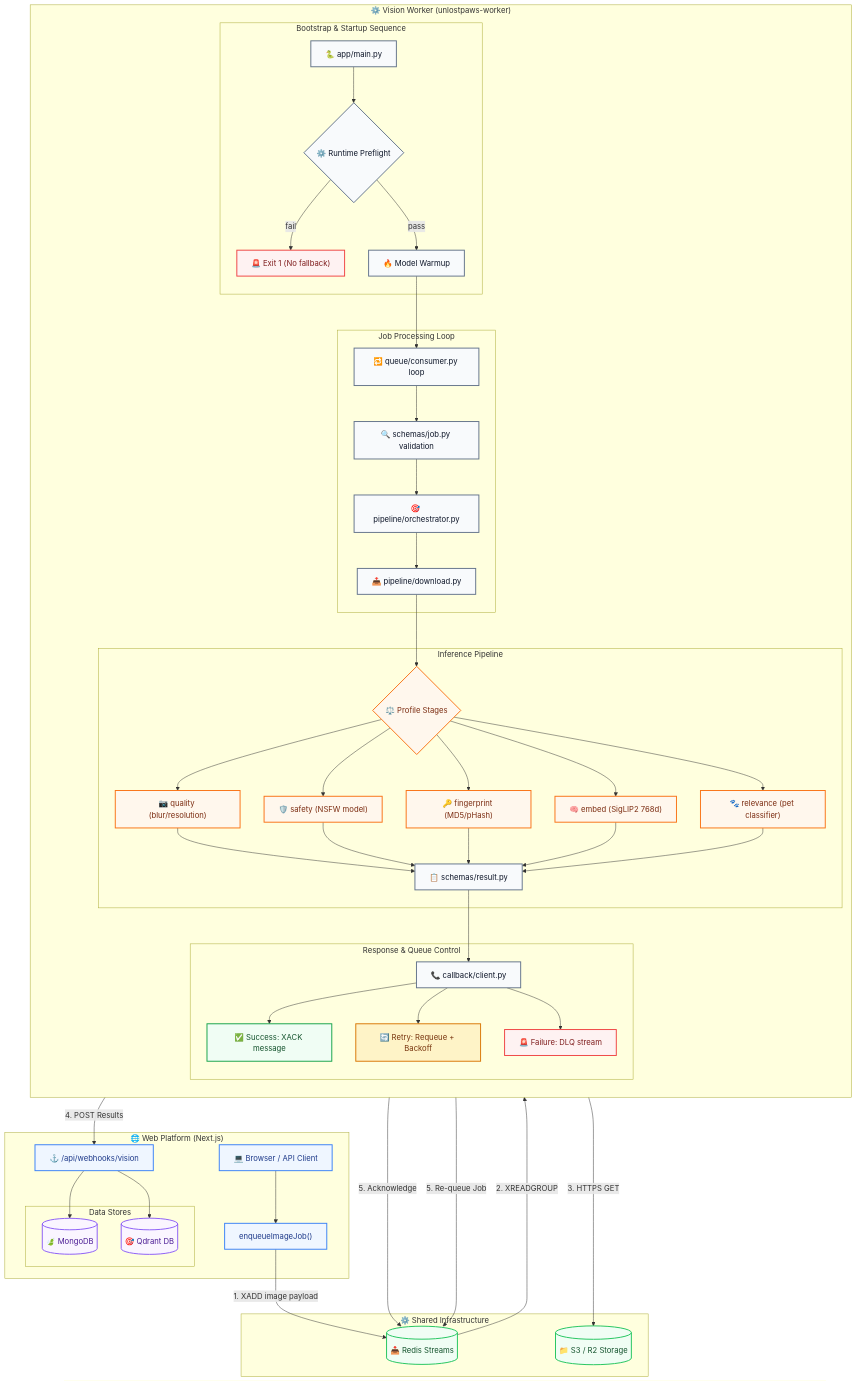
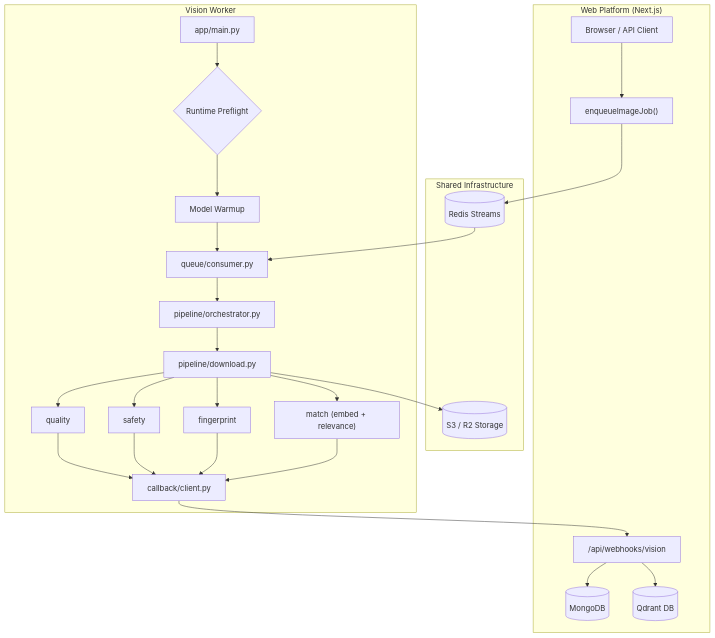
One commit to the-dot-squad/unlostpaws-worker changed the diagram in README.md. Above: the diagram before and after it, drawn with Mermaid. The commit also changed other lines of this file and 50 other files, not shown here.

First line of the commit message:
feat(inference): fuse SigLIP embedding & relevance stages and decouple hardware config

````diff
--- a/README.md
+++ b/README.md
@@ -15,121 +15,36 @@
 ```mermaid
 flowchart TB
-    %% Subgraphs representing structural layers
-    subgraph Web["🌐 Web Platform (Next.js)"]
-        UI["💻 Browser / API Client"]
+    subgraph Web["Web Platform (Next.js)"]
+        UI["Browser / API Client"]
         Enqueue["enqueueImageJob()"]
-        Webhook["⚓ /api/webhooks/vision"]
-        
-        subgraph DBs["Data Stores"]
-            Mongo[("🍃 MongoDB")]
-            Qdrant[("🎯 Qdrant DB")]
-        end
+        Webhook["/api/webhooks/vision"]
+        Mongo[("MongoDB")]
+        Qdrant[("Qdrant DB")]
     end
 
-    subgraph Infra["⚙️ Shared Infrastructure"]
-        Redis[("📥 Redis Streams")]
-        S3[("📁 S3 / R2 Storage")]
+    subgraph Infra["Shared Infrastructure"]
+        Redis[("Redis Streams")]
+        S3[("S3 / R2 Storage")]
     end
 
-    subgraph Worker["⚙️ Vision Worker (unlostpaws-worker)"]
-        direction TB
-
-        subgraph Startup["Bootstrap & Startup Sequence"]
-            start["🐍 app/main.py"]
-            preflight{"⚙️ Runtime Preflight"}
-            exit1["🚨 Exit 1 (No fallback)"]
-            warmup["🔥 Model Warmup"]
-        end
-
-        subgraph Process["Job Processing Loop"]
-            consumer["🔁 queue/consumer.py loop"]
-            parse["🔍 schemas/job.py validation"]
-            orch["🎯 pipeline/orchestrator.py"]
-            dl["📥 pipeline/download.py"]
-        end
-
-        subgraph Inference["Inference Pipeline"]
-            stages{"⚖️ Profile Stages"}
-            quality["📷 quality (blur/resolution)"]
-            safety["🛡️ safety (NSFW model)"]
-            fp["🔑 fingerprint (MD5/pHash)"]
-            embed["🧠 embed (SigLIP2 768d)"]
-            rel["🐾 relevance (pet classifier)"]
-            result["📋 schemas/result.py"]
-        end
-
-        subgraph Out["Response & Queue Control"]
-            cb["📞 callback/client.py"]
-            ack["✅ Success: XACK message"]
-            requeue["🔄 Retry: Requeue + Backoff"]
-            dlq["🚨 Failure: DLQ stream"]
-        end
+    subgraph Worker["Vision Worker"]
+        start["app/main.py"]
+        preflight{"Runtime Preflight"}
+        warmup["Model Warmup"]
+        consumer["queue/consumer.py"]
+        orch["pipeline/orchestrator.py"]
+        dl["pipeline/download.py"]
+        quality["quality"]
+        safety["safety"]
+        fp["fingerprint"]
+        match["match (embed + relevance)"]
+        cb["callback/client.py"]
     end
 
-    %% Web Platform -> Infrastructure
-    UI --> Enqueue
-    Enqueue -->|1. XADD image payload| Redis
-
-    %% Worker Lifecycle
-    start --> preflight
-    preflight -->|fail| exit1
-    preflight -->|pass| warmup
-    warmup --> consumer
-
-    %% Processing Flow
-    Redis -->|2. XREADGROUP| consumer
-    consumer --> parse
-    parse --> orch
-    orch --> dl
-    dl -->|3. HTTPS GET| S3
-    dl --> stages
-
-    %% Inference Execution
-    stages --> quality
-    stages --> safety
-    stages --> fp
-    stages --> embed
-    stages --> rel
-
-    %% Consolidate Results
-    quality --> result
-    safety --> result
-    fp --> result
-    embed --> result
-    rel --> result
-
-    result --> cb
-
-    %% Feedback and Control Loops
-    cb -->|4. POST Results| Webhook
-    cb --> ack
-    cb --> requeue
-    cb --> dlq
-
-    ack -->|5. Acknowledge| Redis
-    requeue -->|5. Re-queue Job| Redis
-
-    %% Webhook Database Sync
-    Webhook --> Mongo
-    Webhook --> Qdrant
-
-    %% Apply CSS Styles
-    class UI,Enqueue,Webhook web;
-    class Mongo,Qdrant db;
-    class Redis,S3 infra;
-    class start,preflight,warmup,consumer,parse,orch,dl,result,cb worker;
-    class stages,quality,safety,fp,embed,rel stage;
-    class exit1,dlq err;
-    class ack success;
-    class requeue retry;
-
-    %% Visual Styling Classes
-    classDef web fill:#eff6ff,stroke:#3b82f6,stroke-width:2px,color:#1e3a8a;
-    classDef db fill:#faf5ff,stroke:#8b5cf6,stroke-width:2px,color:#4c1d95;
-    classDef infra fill:#f0fdf4,stroke:#22c55e,stroke-width:2px,color:#14532d;
-    classDef worker fill:#f8fafc,stroke:#64748b,stroke-width:2px,color:#0f172a;
-    classDef stage fill:#fff7ed,stroke:#f97316,stroke-width:2px,color:#7c2d12;
-    classDef success fill:#f0fdf4,stroke:#16a34a,stroke-width:2px,color:#14532d;
-    classDef retry fill:#fef3c7,stroke:#d97706,stroke-width:2px,color:#78350f;
-    classDef err fill:#fef2f2,stroke:#ef4444,stroke-width:2px,color:#7f1d1d;
+    UI --> Enqueue --> Redis
+    start --> preflight --> warmup --> consumer
+    Redis --> consumer --> orch --> dl --> S3
+    dl --> quality & safety & fp & match
+    quality & safety & fp & match --> cb --> Webhook
+    Webhook --> Mongo & Qdrant
 ```
````
